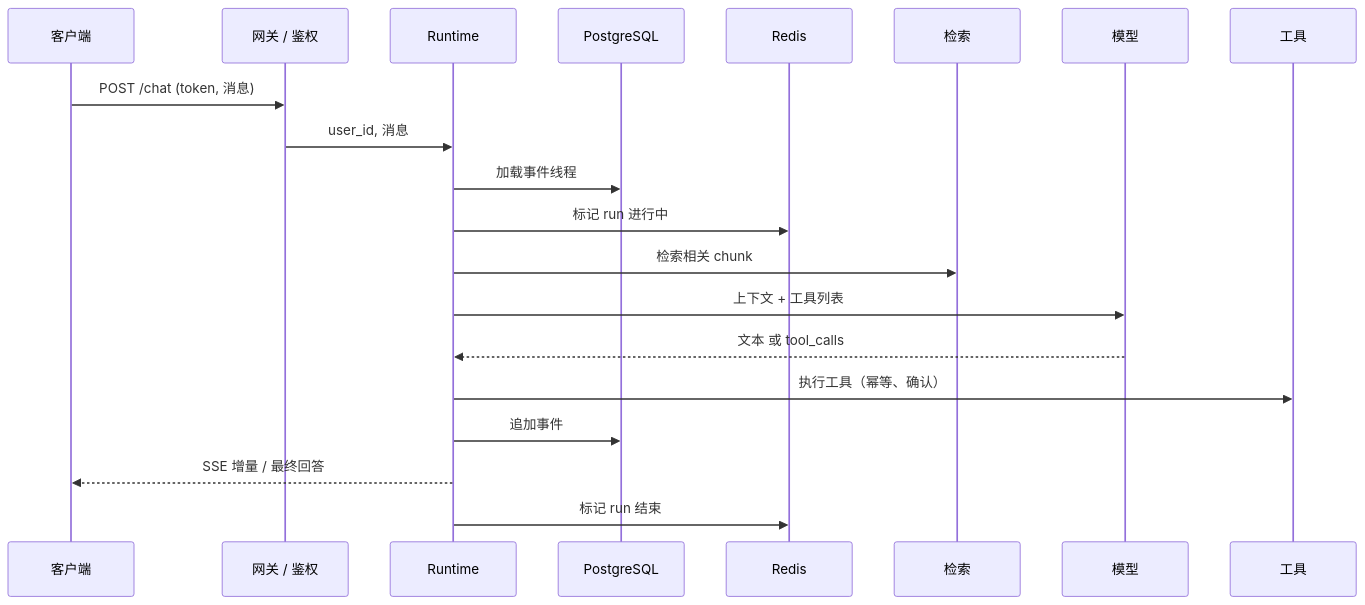
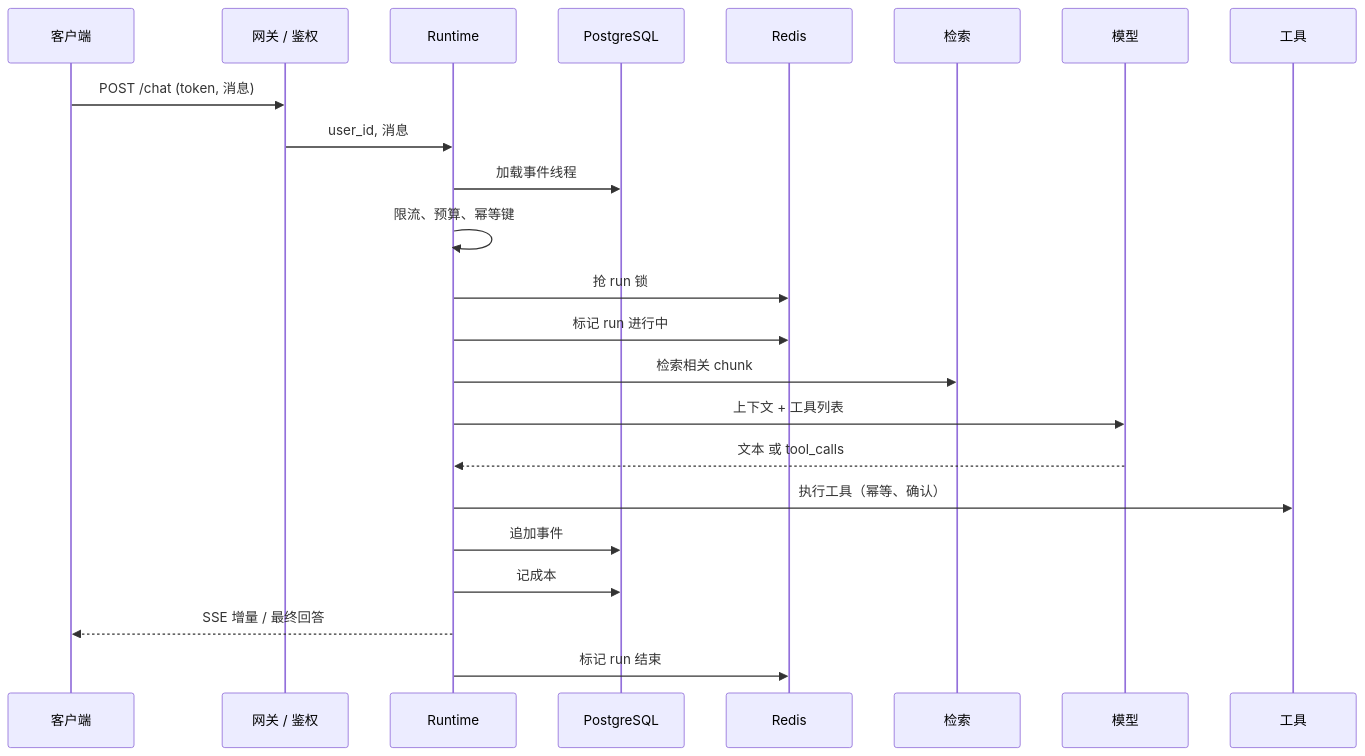
The diagram in lessons/system-architecture/README.md (lance2016/ai-app-engineering), drawn with Mermaid before and after one commit. The commit also changed other lines of this file and 7 other files, not shown here.

````diff
--- a/lessons/system-architecture/README.md
+++ b/lessons/system-architecture/README.md
@@ -54,22 +54,25 @@
 ```mermaid
 sequenceDiagram
     participant C as 客户端
     participant G as 网关 / 鉴权
     participant R as Runtime
     participant P as PostgreSQL
     participant K as Redis
     participant V as 检索
     participant M as 模型
     participant T as 工具
     C->>G: POST /chat (token, 消息)
     G->>R: user_id, 消息
     R->>P: 加载事件线程
+    R->>R: 限流、预算、幂等键
+    R->>K: 抢 run 锁
     R->>K: 标记 run 进行中
     R->>V: 检索相关 chunk
     R->>M: 上下文 + 工具列表
     M-->>R: 文本 或 tool_calls
     R->>T: 执行工具（幂等、确认）
     R->>P: 追加事件
+    R->>P: 记成本
     R-->>C: SSE 增量 / 最终回答
     R->>K: 标记 run 结束
 ```
````
